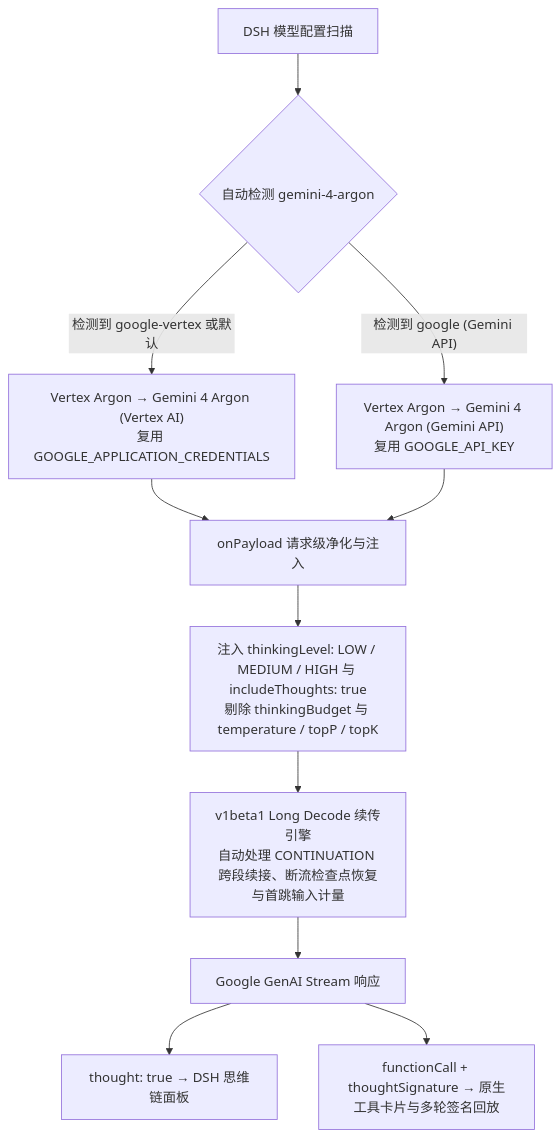
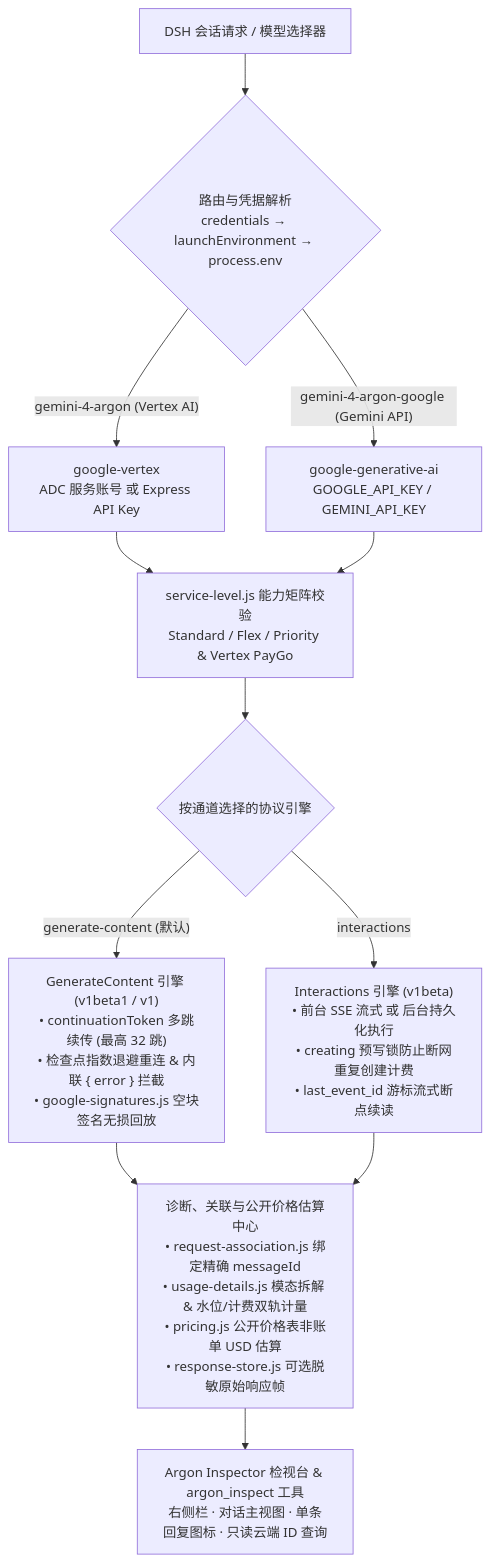
One commit to higekibaka/dsh-vertex-argon changed the diagram in README.md. Above: the diagram before and after it, drawn with Mermaid. The commit also changed other lines of this file and 75 other files, not shown here.

Commit message:
feat: release v1.5.0 (Argon Inspector, dual protocols, service tiers, and Long Decode verification)

````diff
--- a/README.md
+++ b/README.md
@@ -36,13 +80,18 @@
 ```mermaid
 flowchart TD
-    U["DSH 模型配置扫描"] --> D{"自动检测 gemini-4-argon"}
-    D -->|"检测到 google-vertex 或默认"| V["Vertex Argon → Gemini 4 Argon (Vertex AI)<br/>复用 GOOGLE_APPLICATION_CREDENTIALS"]
-    D -->|"检测到 google (Gemini API)"| G["Vertex Argon → Gemini 4 Argon (Gemini API)<br/>复用 GOOGLE_API_KEY"]
-    V --> P["onPayload 请求级净化与注入"]
-    G --> P
-    P --> T["注入 thinkingLevel: LOW / MEDIUM / HIGH 与 includeThoughts: true<br/>剔除 thinkingBudget 与 temperature / topP / topK"]
-    T --> L["v1beta1 Long Decode 续传引擎<br/>自动处理 CONTINUATION 跨段续接、断流检查点恢复与首跳输入计量"]
-    L --> S["Google GenAI Stream 响应"]
-    S --> R1["thought: true → DSH 思维链面板"]
-    S --> R2["functionCall + thoughtSignature → 原生工具卡片与多轮签名回放"]
+    U["DSH 会话请求 / 模型选择器"] --> R{"路由与凭据解析<br/>credentials → launchEnvironment → process.env"}
+    R -->|"gemini-4-argon (Vertex AI)"| V["google-vertex<br/>ADC 服务账号 或 Express API Key"]
+    R -->|"gemini-4-argon-google (Gemini API)"| G["google-generative-ai<br/>GOOGLE_API_KEY / GEMINI_API_KEY"]
+
+    V --> S["service-level.js 能力矩阵校验<br/>Standard / Flex / Priority & Vertex PayGo"]
+    G --> S
+
+    S --> P{"按通道选择的协议引擎"}
+    P -->|"generate-content (默认)"| GC["GenerateContent 引擎 (v1beta1 / v1)<br/>• continuationToken 多跳续传 (最高 32 跳)<br/>• 检查点指数退避重连 & 内联 { error } 拦截<br/>• google-signatures.js 空块签名无损回放"]
+    P -->|"interactions"| IA["Interactions 引擎 (v1beta)<br/>• 前台 SSE 流式 或 后台持久化执行<br/>• creating 预写锁防止断网重复创建计费<br/>• last_event_id 游标流式断点续读"]
+
+    GC --> D["诊断、关联与公开价格估算中心<br/>• request-association.js 绑定精确 messageId<br/>• usage-details.js 模态拆解 & 水位/计费双轨计量<br/>• pricing.js 公开价格表非账单 USD 估算<br/>• response-store.js 可选脱敏原始响应帧"]
+    IA --> D
+
+    D --> UI["Argon Inspector 检视台 & argon_inspect 工具<br/>右侧栏 · 对话主视图 · 单条回复图标 · 只读云端 ID 查询"]
 ```
````
